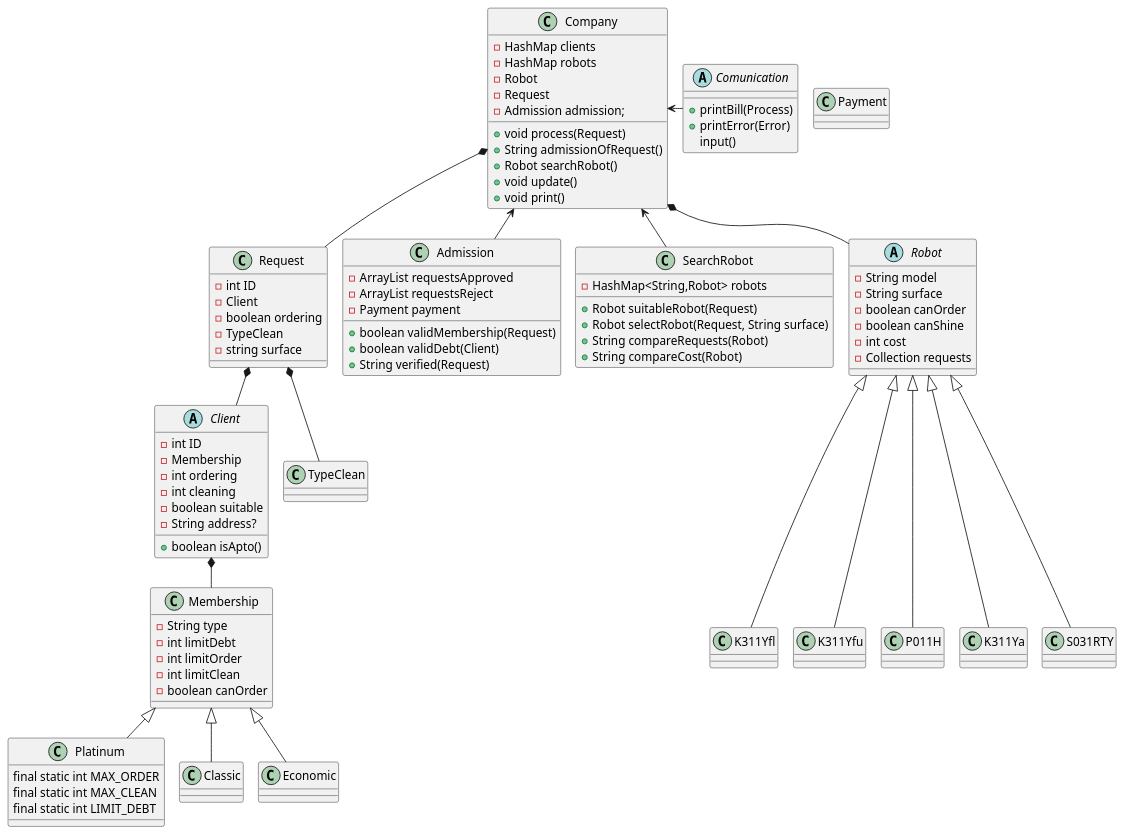
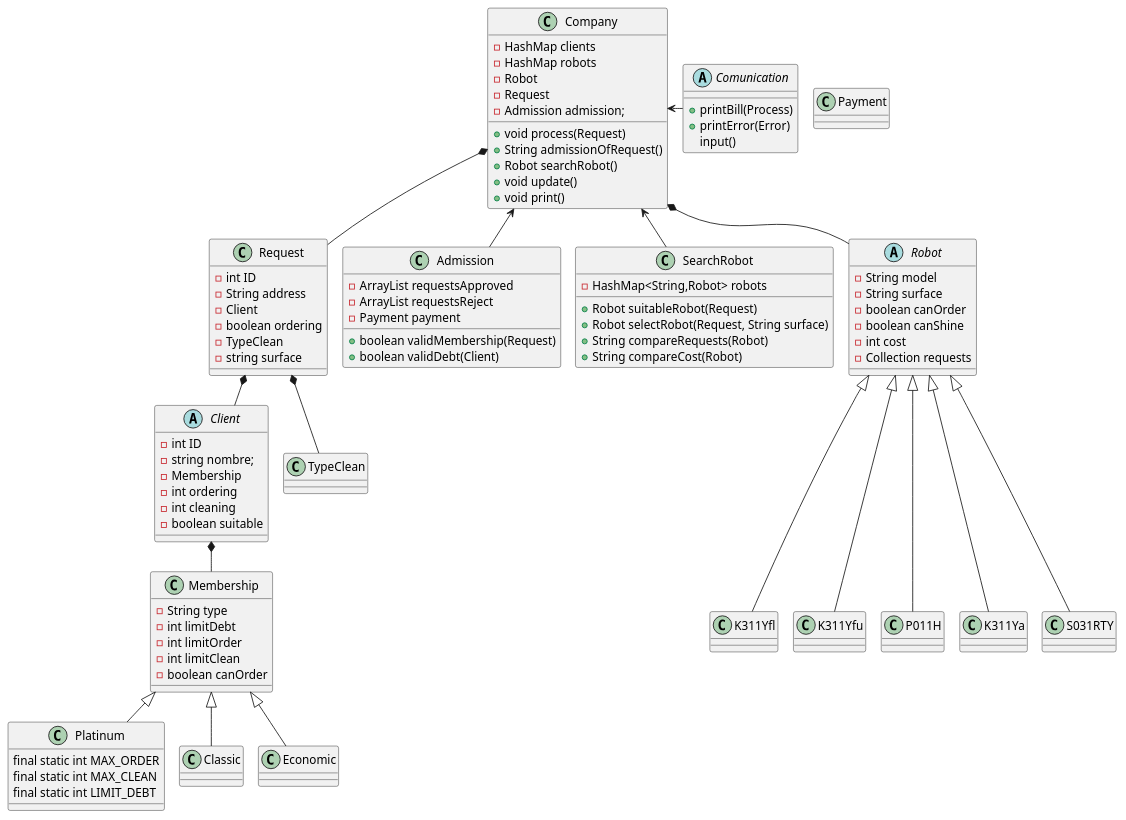
Before and after one commit to Grupo-3-Labo-y-prog/RobotsTP: the diagram in src/Aproach3.puml, drawn with PlantUML. The commit also changed 3 other files, not shown here.

```diff
--- a/src/Aproach3.puml
+++ b/src/Aproach3.puml
@@ -1,150 +1,146 @@
 @startuml
 'https://plantuml.com/class-diagram
 
 !pragma layout smetana
 
 'array de pedidos hechos por robot
 
 abstract Client
 class Membership
 class Platinum
 class Classic
 class Economic
 class Request
 class TypeClean
 class Admission
 class Company
 class SearchRobot
 class Payment
 abstract class Robot
 class K311Yfl
 class K311Yfu
 class P011H
 class K311Ya
 class S031RTY
 
 
 Client *-- Membership
 Membership <|-- Platinum
 Membership <|-- Classic
 Membership <|-- Economic
 Company <-- Admission
 Company <-- SearchRobot
 Company <- Comunication
 Company *-- Robot
 Company *-- Request
 Request *-- Client
 Request *-- TypeClean
 Robot <|---K311Ya
 Robot <|---S031RTY
 Robot <|---P011H
 Robot <|---K311Yfu
 Robot <|---K311Yfl
 
 
 abstract Comunication{
 +printBill(Process)
 +printError(Error)
 input()
 }
 
 abstract class Robot{
 -String model
 -String surface
 -boolean canOrder
 -boolean canShine
 -int cost
 -Collection requests
 }
 
 class Company{
 
 -HashMap clients
 -HashMap robots
 -Robot
 -Request
 -Admission admission;
 
 'llama a admission
 +void process(Request)
 +String admissionOfRequest()
 +Robot searchRobot()
 +void update()
 +void print()
 
 
 }
 
 'posible clase
 class Admission{
 -ArrayList requestsApproved
 -ArrayList requestsReject
 -Payment payment
 '-ArrayList clients
 
 'ej: pedir un ordenamiento cuando no puede
 +boolean validMembership(Request)
 +boolean validDebt(Client)
-+String verified(Request)
-
 
 }
 
 
 class SearchRobot{
 
 -HashMap<String,Robot> robots
 '-Request
 
 'llama a la funcion selectRobot y recibe el robot ideal
 + Robot suitableRobot(Request)
 'recibe un request y realiza una iteracion
 'en la colleccion robots donde compara los requerimientos
 + Robot selectRobot(Request, String surface)
 'si es Platinum compara la cola que tiene con un min y se guarda la key
 'si es el primero se fija si es null y lo asigna
 + String compareRequests(Robot)
 'si no es platinum compara el costo con un min y guarda la key para devolverla
 + String compareCost(Robot)
 }
 
 'posible clase lo mismo arriba
 
 
 class Request{
 -int ID
+-String address
 -Client
 -boolean ordering
 -TypeClean
 -string surface
-'-String address?
 
 }
 
 abstract Client{
 -int ID
+-string nombre;
 -Membership
 -int ordering
 -int cleaning
 -boolean suitable
-'Collection requests
--String address?
-+boolean isApto()
-'return limitOrder > ordering && limitClean > cleaning
+
 }
 
 class Membership{
 -String type
 -int limitDebt
 -int limitOrder
 -int limitClean
 -boolean canOrder
 }
 
 class Platinum{
 final static int MAX_ORDER
 final static int MAX_CLEAN
 final static int LIMIT_DEBT
 }
 
 @enduml
```
